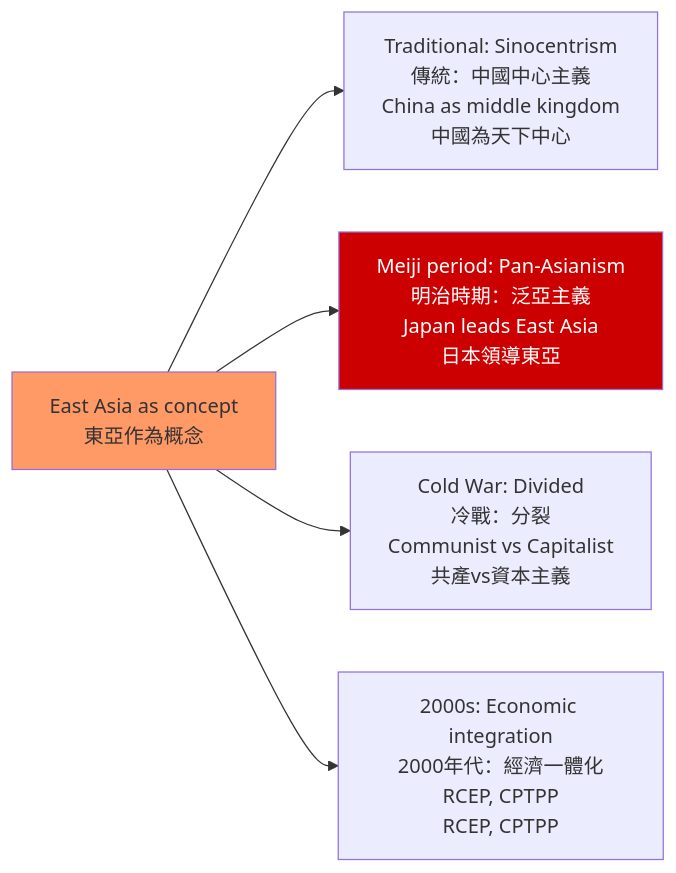
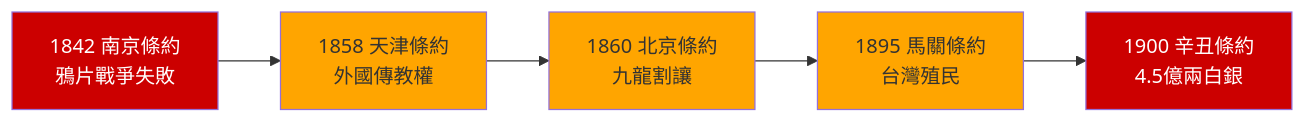
The first of 5 diagrams in 01_HKU_Courses/HIST1023_Modern_East_Asia.md (yip-lgtm/HKU-Harvard-History-Self-Study), drawn with Mermaid before and after one commit. The commit also changed other lines of this file and 22 other files, not shown here.

````diff
--- a/01_HKU_Courses/HIST1023_Modern_East_Asia.md
+++ b/01_HKU_Courses/HIST1023_Modern_East_Asia.md
@@ -57,10 +259,13 @@
 ```mermaid
 graph LR
-    A[East Asia as concept<br/>東亞作為概念] --> B[Traditional: Sinocentrism<br/>傳統：中國中心主義<br/>China as middle kingdom<br/>中國為天下中心]
-    A --> C[Meiji period: Pan-Asianism<br/>明治時期：泛亞主義<br/>Japan leads East Asia<br/>日本領導東亞]
-    A --> D[Cold War: Divided<br/>冷戰：分裂<br/>Communist vs Capitalist<br/>共產vs資本主義]
-    A --> E[2000s: Economic integration<br/>2000年代：經濟一體化<br/>RCEP, CPTPP<br/>RCEP, CPTPP]
+    A["1842 南京條約<br/>鴉片戰爭失敗"] --> B["1858 天津條約<br/>外國傳教權"]
+    B --> C["1860 北京條約<br/>九龍割讓"]
+    C --> D["1895 馬關條約<br/>台灣殖民"]
+    D --> E["1900 辛丑條約<br/>4.5億兩白銀"]
     
-    style A fill:#f96
-    style C fill:#c00,color:#fff
+    style A fill:#c00,color:#fff
+    style E fill:#c00,color:#fff
+    style B fill:#FFA500
+    style C fill:#FFA500
+    style D fill:#FFA500
 ```
````
